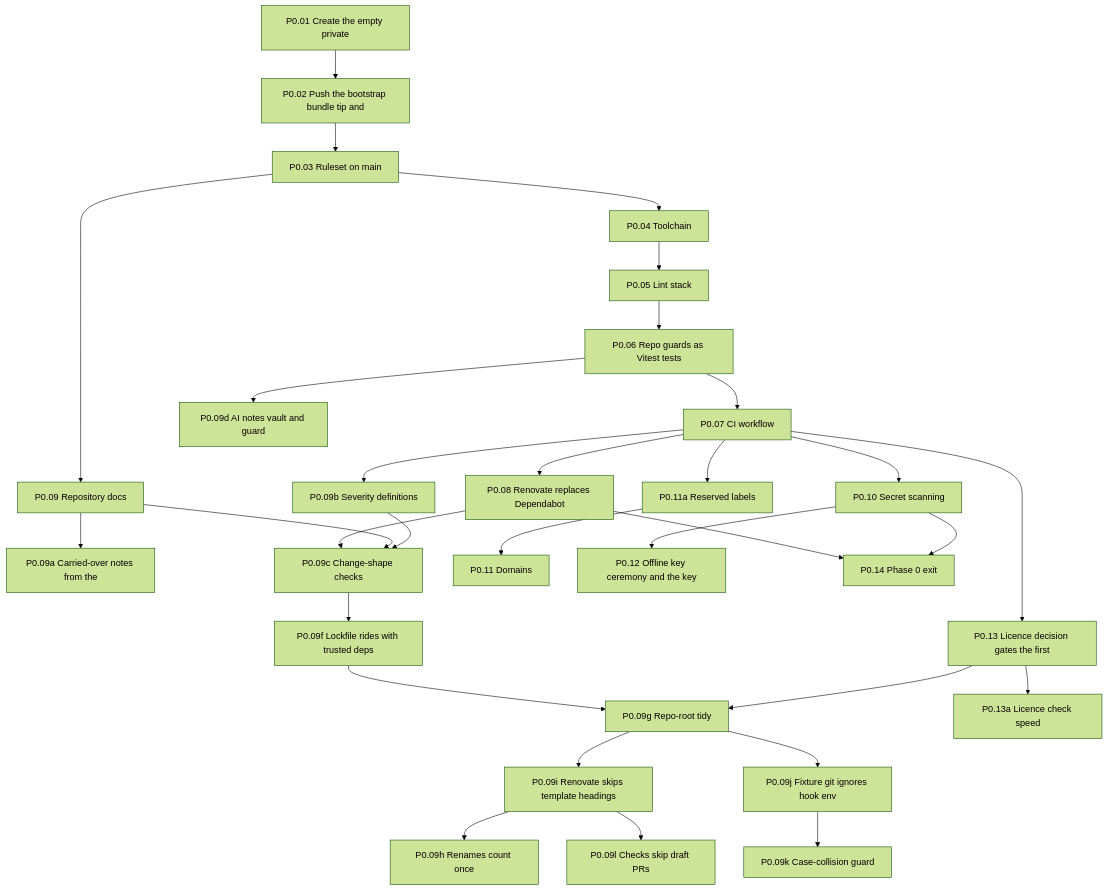
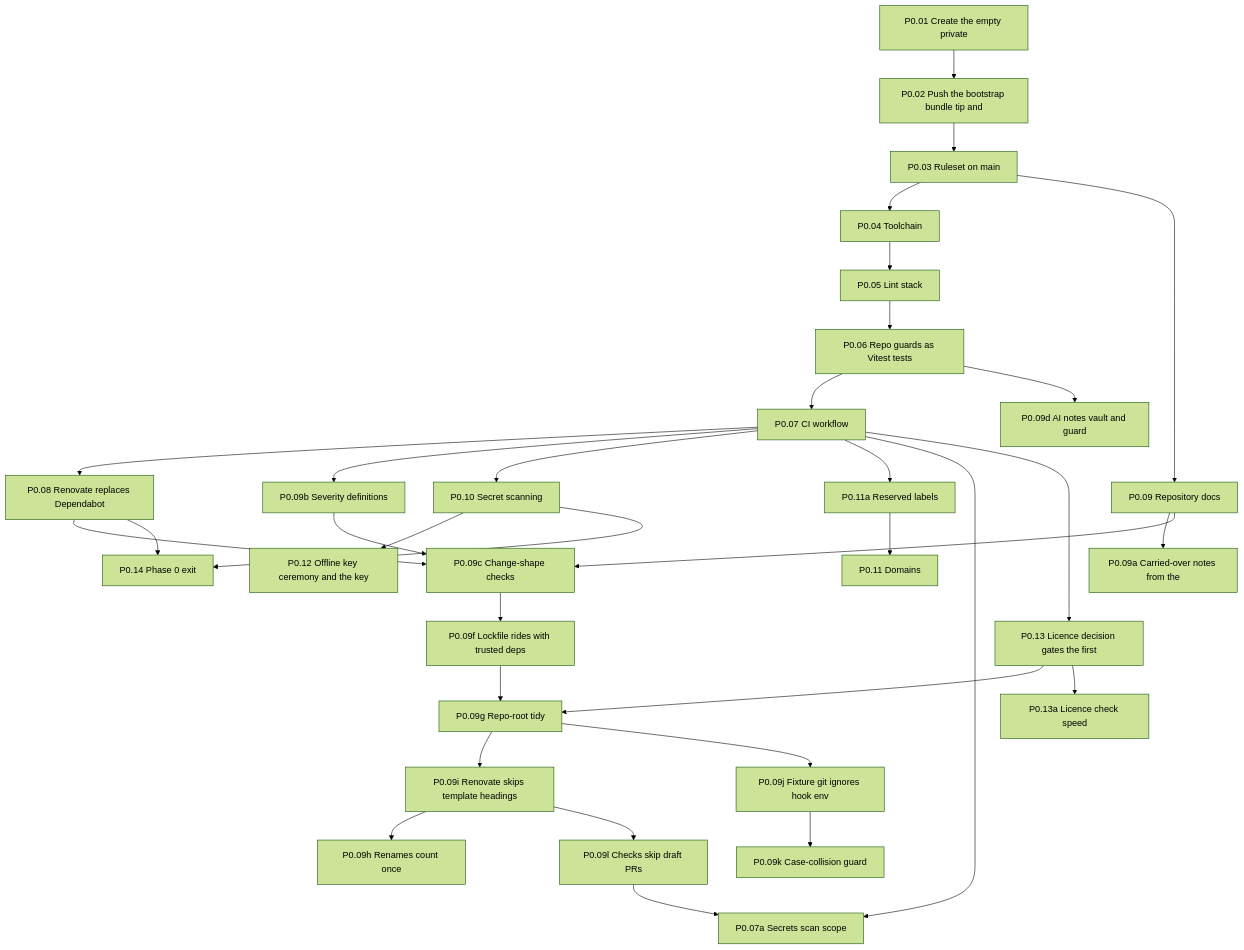
Before and after one commit to Undefined6799/unset: the first of 11 diagrams in docs/ai/book/01-outline.md, drawn with Mermaid (forest theme). The commit also changed other lines of this file and 1 other file, not shown here.

Commit message:
P0.07a Record the step in the book
Adds the P0.07a entry, its outline row and edges, and points P0.07's
full-history and no-allowlist lines at it. P0.09l's local gate now
also runs gitleaks over the branch range before each push to a draft.

Claude-Session: https://claude.ai/code/session_01911Gttax16V3TwYGscDify

````diff
--- a/docs/ai/book/01-outline.md
+++ b/docs/ai/book/01-outline.md
@@ -58,60 +59,63 @@
 ```mermaid
 flowchart TD
   P0_01["P0.01 Create the empty private"]
   P0_02["P0.02 Push the bootstrap bundle tip and"]
   P0_03["P0.03 Ruleset on main"]
   P0_04["P0.04 Toolchain"]
   P0_05["P0.05 Lint stack"]
   P0_06["P0.06 Repo guards as Vitest tests"]
   P0_07["P0.07 CI workflow"]
   P0_08["P0.08 Renovate replaces Dependabot"]
   P0_09["P0.09 Repository docs"]
   P0_09a["P0.09a Carried-over notes from the"]
   P0_09b["P0.09b Severity definitions"]
   P0_09c["P0.09c Change-shape checks"]
   P0_09d["P0.09d AI notes vault and guard"]
   P0_09f["P0.09f Lockfile rides with trusted deps"]
   P0_09g["P0.09g Repo-root tidy"]
   P0_09h["P0.09h Renames count once"]
   P0_09i["P0.09i Renovate skips template headings"]
   P0_09l["P0.09l Checks skip draft PRs"]
+  P0_07a["P0.07a Secrets scan scope"]
   P0_09j["P0.09j Fixture git ignores hook env"]
   P0_09k["P0.09k Case-collision guard"]
   P0_10["P0.10 Secret scanning"]
   P0_11a["P0.11a Reserved labels"]
   P0_11["P0.11 Domains"]
   P0_12["P0.12 Offline key ceremony and the key"]
   P0_13["P0.13 Licence decision gates the first"]
   P0_13a["P0.13a Licence check speed"]
   P0_14["P0.14 Phase 0 exit"]
   P0_01 --> P0_02
   P0_02 --> P0_03
   P0_03 --> P0_04
   P0_04 --> P0_05
   P0_05 --> P0_06
   P0_06 --> P0_07
   P0_07 --> P0_08
   P0_03 --> P0_09
   P0_09 --> P0_09a
   P0_07 --> P0_09b
   P0_08 --> P0_09c
   P0_09 --> P0_09c
   P0_09b --> P0_09c
   P0_06 --> P0_09d
   P0_09c --> P0_09f
   P0_09f --> P0_09g
   P0_13 --> P0_09g
   P0_09g --> P0_09i
   P0_09g --> P0_09j
   P0_09i --> P0_09h
   P0_09j --> P0_09k
   P0_09i --> P0_09l
   P0_07 --> P0_10
   P0_07 --> P0_11a
+  P0_07 --> P0_07a
+  P0_09l --> P0_07a
   P0_11a --> P0_11
   P0_10 --> P0_12
   P0_07 --> P0_13
   P0_13 --> P0_13a
   P0_08 --> P0_14
   P0_10 --> P0_14
 ```
````
